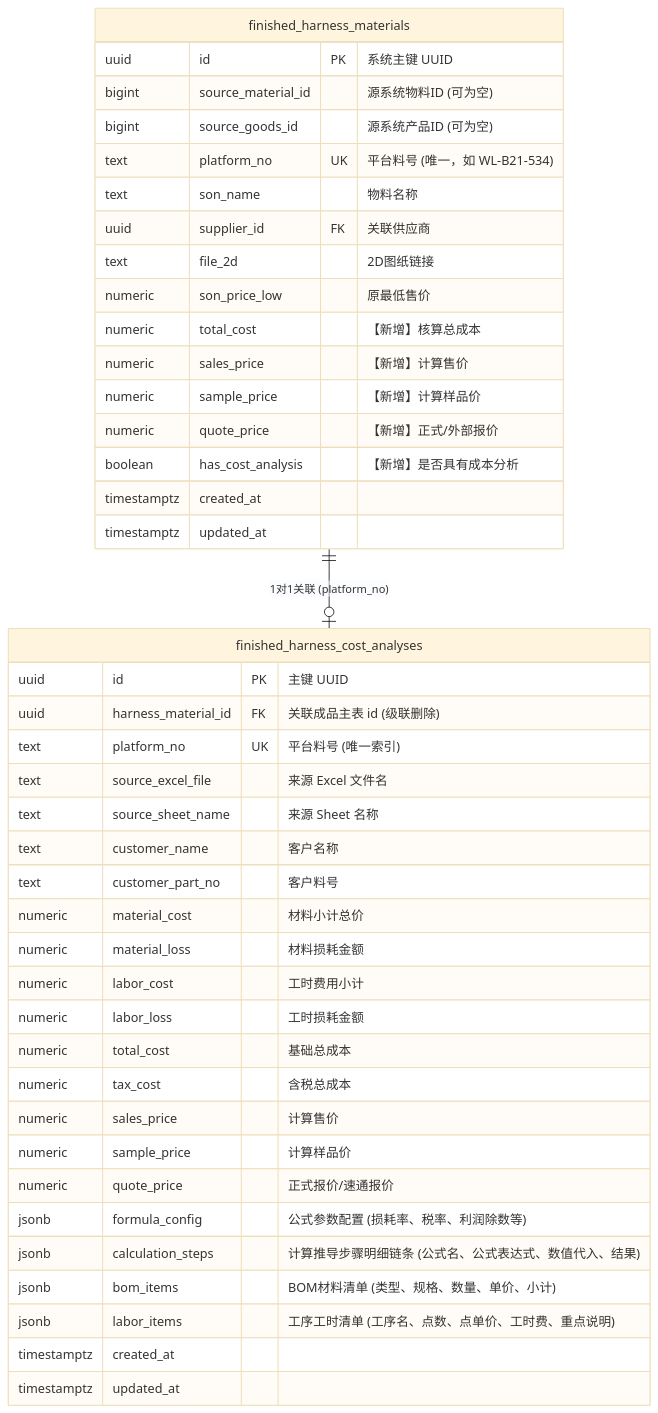
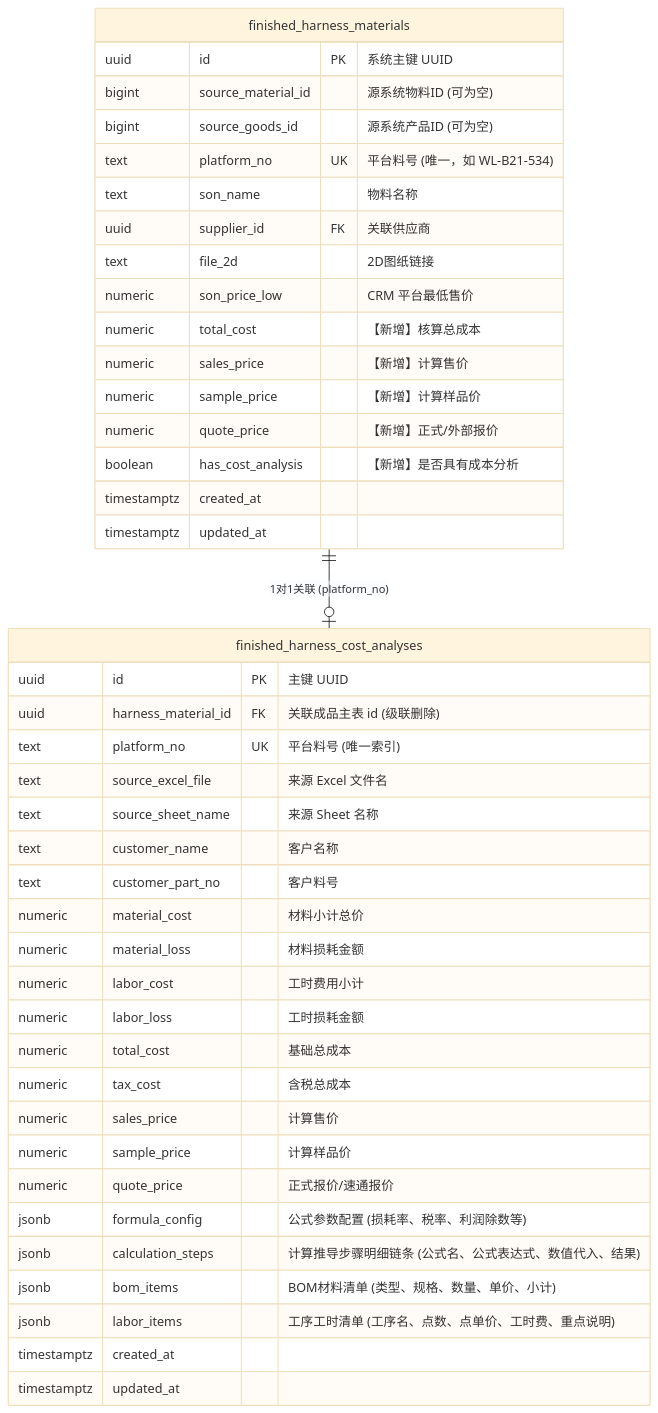
The first of 2 diagrams in docs/finished-harness-cost-analysis-plan.md (Dream-cmd13/wire-designer), drawn with Mermaid (base theme) before and after one commit. The commit also changed other lines of this file and 7 other files, not shown here.

````diff
--- a/docs/finished-harness-cost-analysis-plan.md
+++ b/docs/finished-harness-cost-analysis-plan.md
@@ -27,47 +46,47 @@
 ```mermaid
 erDiagram
     finished_harness_materials ||--o| finished_harness_cost_analyses : "1对1关联 (platform_no)"
 
     finished_harness_materials {
         uuid id PK "系统主键 UUID"
         bigint source_material_id "源系统物料ID (可为空)"
         bigint source_goods_id "源系统产品ID (可为空)"
         text platform_no UK "平台料号 (唯一，如 WL-B21-534)"
         text son_name "物料名称"
         uuid supplier_id FK "关联供应商"
         text file_2d "2D图纸链接"
-        numeric son_price_low "原最低售价"
+        numeric son_price_low "CRM 平台最低售价"
         numeric total_cost "【新增】核算总成本"
         numeric sales_price "【新增】计算售价"
         numeric sample_price "【新增】计算样品价"
         numeric quote_price "【新增】正式/外部报价"
         boolean has_cost_analysis "【新增】是否具有成本分析"
         timestamptz created_at
         timestamptz updated_at
     }
 
     finished_harness_cost_analyses {
         uuid id PK "主键 UUID"
         uuid harness_material_id FK "关联成品主表 id (级联删除)"
         text platform_no UK "平台料号 (唯一索引)"
         text source_excel_file "来源 Excel 文件名"
         text source_sheet_name "来源 Sheet 名称"
         text customer_name "客户名称"
         text customer_part_no "客户料号"
         numeric material_cost "材料小计总价"
         numeric material_loss "材料损耗金额"
         numeric labor_cost "工时费用小计"
         numeric labor_loss "工时损耗金额"
         numeric total_cost "基础总成本"
         numeric tax_cost "含税总成本"
         numeric sales_price "计算售价"
         numeric sample_price "计算样品价"
         numeric quote_price "正式报价/速通报价"
         jsonb formula_config "公式参数配置 (损耗率、税率、利润除数等)"
         jsonb calculation_steps "计算推导步骤明细链条 (公式名、公式表达式、数值代入、结果)"
         jsonb bom_items "BOM材料清单 (类型、规格、数量、单价、小计)"
         jsonb labor_items "工序工时清单 (工序名、点数、点单价、工时费、重点说明)"
         timestamptz created_at
         timestamptz updated_at
     }
 ```
````
